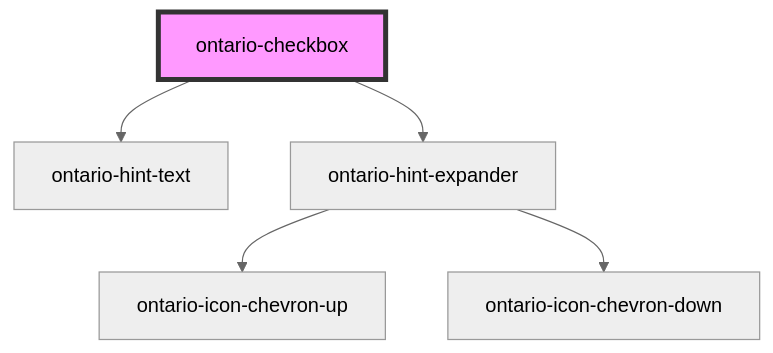
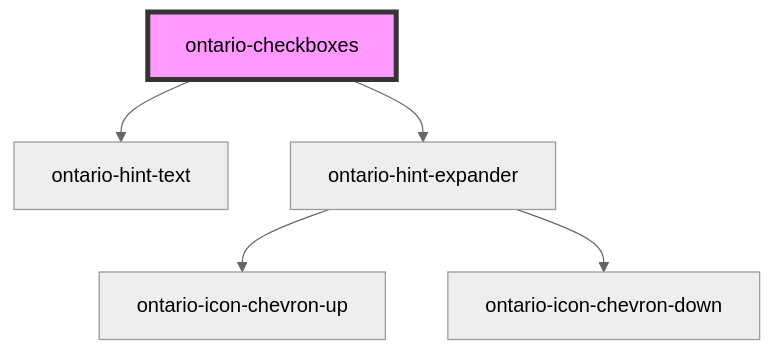
The diagram in packages/ontario-design-system-component-library/src/components/ontario-checkbox/readme.md (ongov/ontario-design-system), drawn with Mermaid (neutral theme) before and after one commit. The commit also changed 3 other files, not shown here.

````diff
--- a/packages/ontario-design-system-component-library/src/components/ontario-checkbox/readme.md
+++ b/packages/ontario-design-system-component-library/src/components/ontario-checkbox/readme.md
@@ -34,8 +34,8 @@
 ```mermaid
 graph TD;
-  ontario-checkbox --> ontario-hint-text
-  ontario-checkbox --> ontario-hint-expander
+  ontario-checkboxes --> ontario-hint-text
+  ontario-checkboxes --> ontario-hint-expander
   ontario-hint-expander --> ontario-icon-chevron-up
   ontario-hint-expander --> ontario-icon-chevron-down
-  style ontario-checkbox fill:#f9f,stroke:#333,stroke-width:4px
+  style ontario-checkboxes fill:#f9f,stroke:#333,stroke-width:4px
 ```
````
